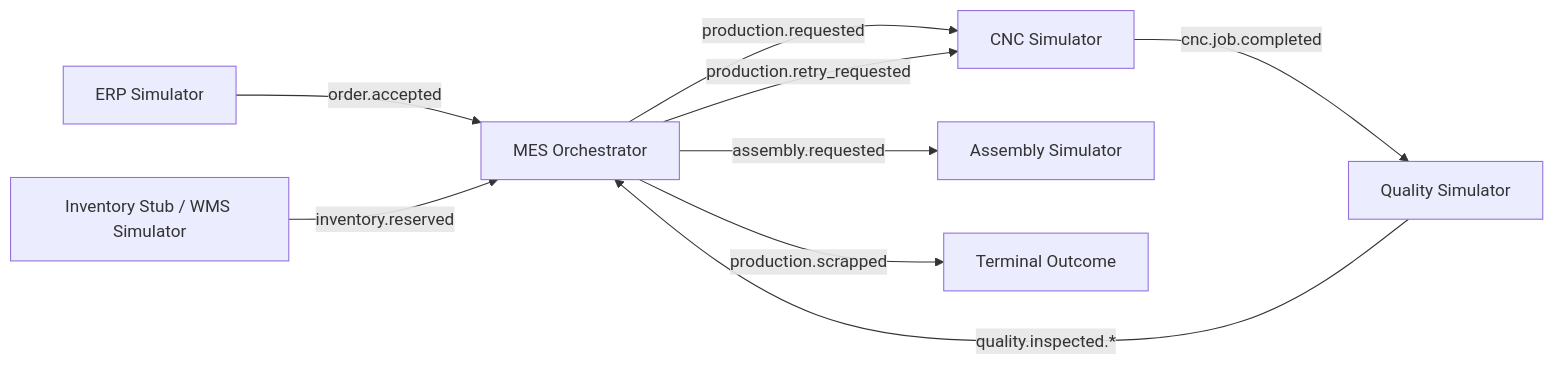
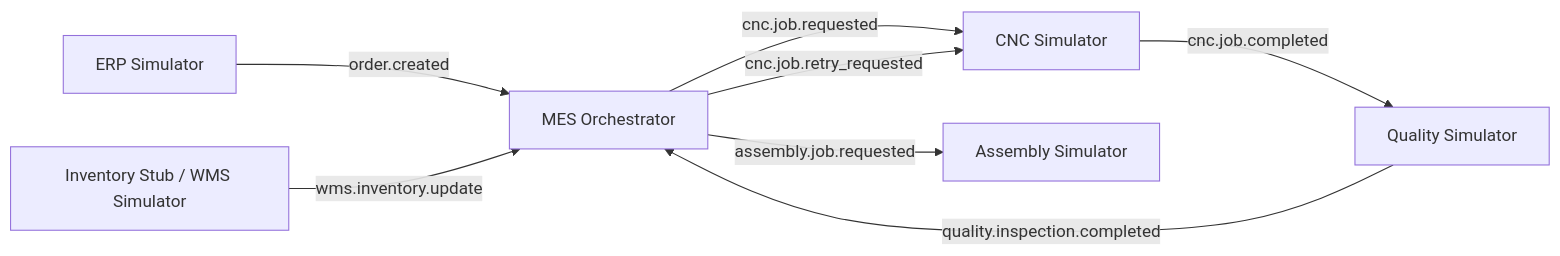
Before and after one commit to coderps/JobyTHC: the diagram in docs/PoC-Scope-MES-Orchestration.md, drawn with Mermaid. The commit also changed other lines of this file and 35 other files, not shown here.

````diff
--- a/docs/PoC-Scope-MES-Orchestration.md
+++ b/docs/PoC-Scope-MES-Orchestration.md
@@ -239,11 +222,10 @@
 ```mermaid
 flowchart LR
-    ERP[ERP Simulator] -->|order.accepted| MES[MES Orchestrator]
-    WMS[Inventory Stub / WMS Simulator] -->|inventory.reserved| MES
-    MES -->|production.requested| CNC[CNC Simulator]
+    ERP[ERP Simulator] -->|order.created| MES[MES Orchestrator]
+    WMS[Inventory Stub / WMS Simulator] -->|wms.inventory.update| MES
+    MES -->|cnc.job.requested| CNC[CNC Simulator]
     CNC -->|cnc.job.completed| QA[Quality Simulator]
-    QA -->|quality.inspected.*| MES
-    MES -->|assembly.requested| ASM[Assembly Simulator]
-    MES -->|production.retry_requested| CNC
-    MES -->|production.scrapped| END[Terminal Outcome]
+    QA -->|quality.inspection.completed| MES
+    MES -->|cnc.job.retry_requested| CNC
+    MES -->|assembly.job.requested| ASM[Assembly Simulator]
 ```
````
